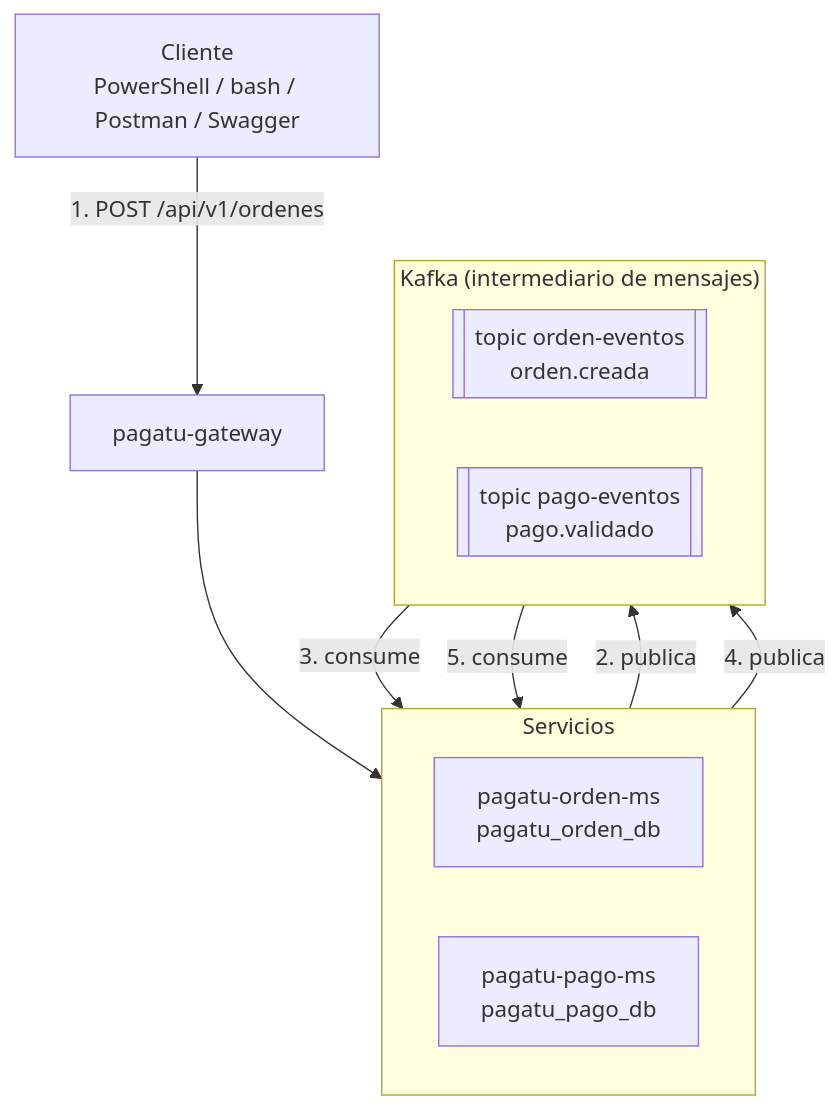
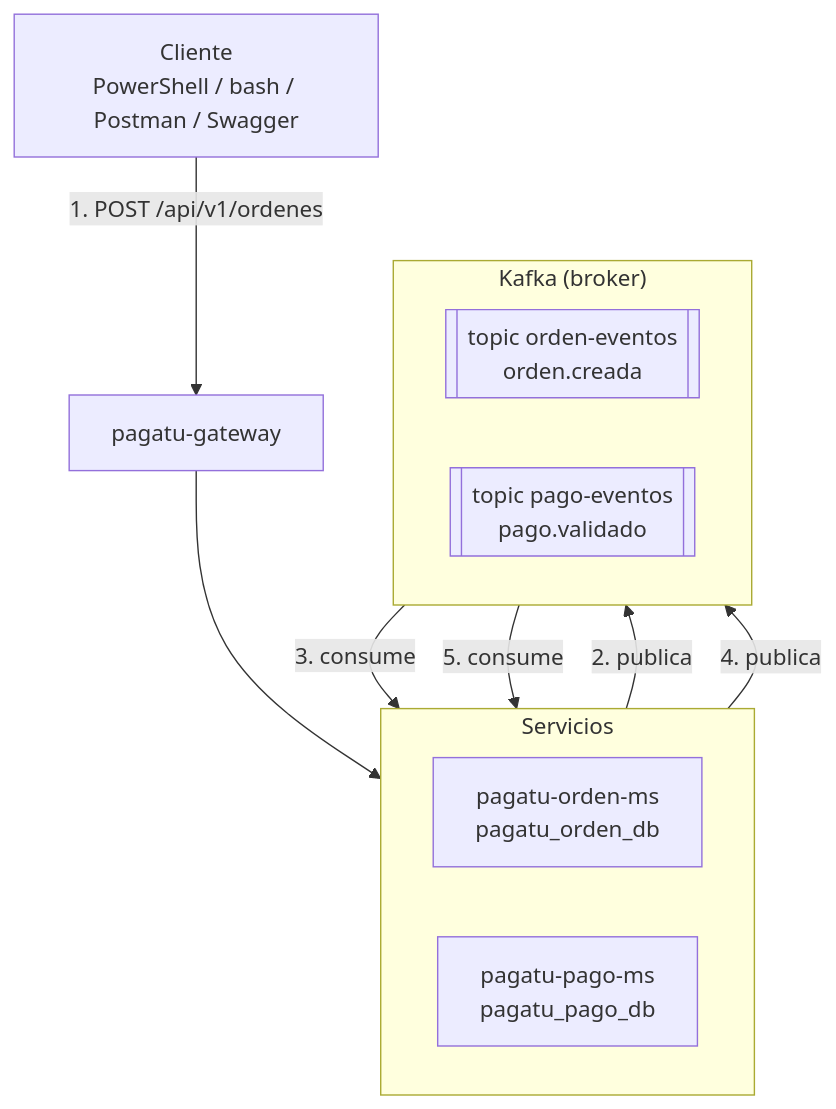
Before and after one commit to 262dist/pagatu: the second of 4 diagrams in docs/sesiones/S08_Mensajeria_Asincrona_Entre_Servicios.md, drawn with Mermaid. The commit also changed other lines of this file and 3 other files, not shown here.

````diff
--- a/docs/sesiones/S08_Mensajeria_Asincrona_Entre_Servicios.md
+++ b/docs/sesiones/S08_Mensajeria_Asincrona_Entre_Servicios.md
@@ -133,24 +133,24 @@
 ```mermaid
 flowchart TB
     Cliente["Cliente<br/>PowerShell / bash / Postman / Swagger"]
     GW["pagatu-gateway"]
 
     subgraph Servicios["Servicios"]
         direction LR
         Orden["pagatu-orden-ms<br/>pagatu_orden_db"]
         Pago["pagatu-pago-ms<br/>pagatu_pago_db"]
     end
 
-    subgraph Broker["Kafka (intermediario de mensajes)"]
+    subgraph Broker["Kafka (broker)"]
         direction LR
         T1[["topic orden-eventos<br/>orden.creada"]]
         T2[["topic pago-eventos<br/>pago.validado"]]
     end
 
     Cliente -->|"1. POST /api/v1/ordenes"| GW
     GW --> Orden
     Orden -->|"2. publica"| T1
     T1 -->|"3. consume"| Pago
     Pago -->|"4. publica"| T2
     T2 -->|"5. consume"| Orden
 ```
````
